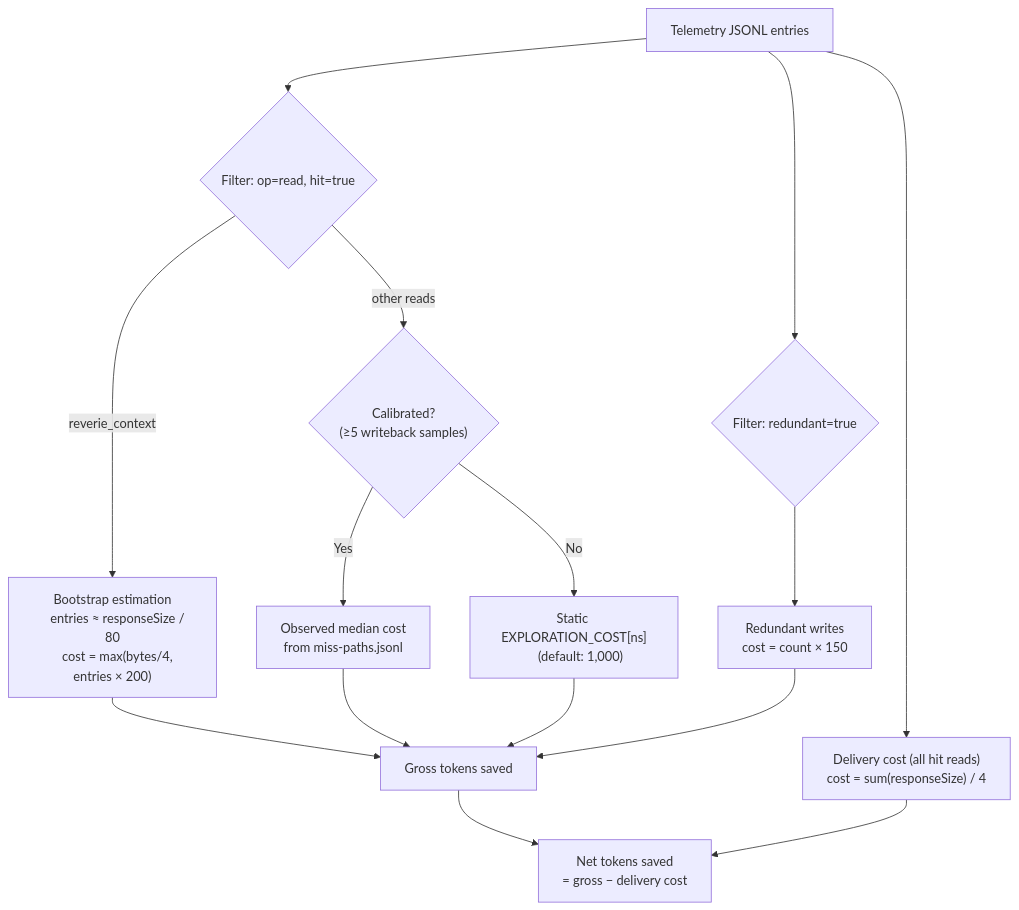
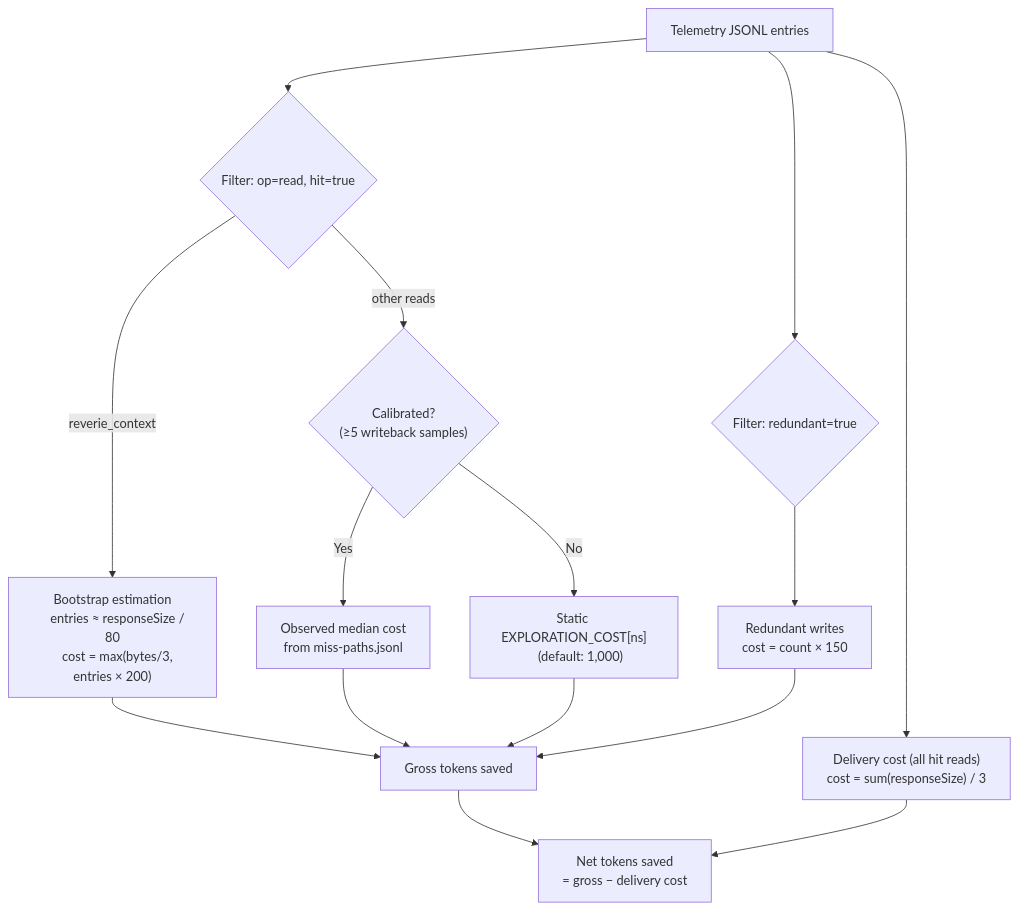
One commit to seabearDEV/Reverie changed the fifth of 6 diagrams in docs/token-savings.md. Above: the diagram before and after it, drawn with Mermaid. The commit also changed other lines of this file and 15 other files, not shown here.

First line of the commit message:
fix(telemetry): rows record response size, error code and namespace

````diff
--- a/docs/token-savings.md
+++ b/docs/token-savings.md
@@ -309,28 +311,28 @@
 ```mermaid
 flowchart TD
     T["Telemetry JSONL entries"] --> F{"Filter: op=read, hit=true"}
     F -->|reverie_context| B["Bootstrap estimation
     entries ≈ responseSize / 80
-    cost = max(bytes/4, entries × 200)"]
+    cost = max(bytes/3, entries × 200)"]
     F -->|other reads| CAL{"Calibrated?
     (≥5 writeback samples)"}
     CAL -->|Yes| OBS["Observed median cost
     from miss-paths.jsonl"]
     CAL -->|No| STATIC["Static EXPLORATION_COST[ns]
     (default: 1,000)"]
     T --> R{"Filter: redundant=true"}
     R --> RW["Redundant writes
     cost = count × 150"]
 
     B --> GROSS["Gross tokens saved"]
     OBS --> GROSS
     STATIC --> GROSS
     RW --> GROSS
 
     T --> DC["Delivery cost (all hit reads)
-    cost = sum(responseSize) / 4"]
+    cost = sum(responseSize) / 3"]
 
     GROSS --> NET["Net tokens saved
     = gross − delivery cost"]
     DC --> NET
 ```
````
